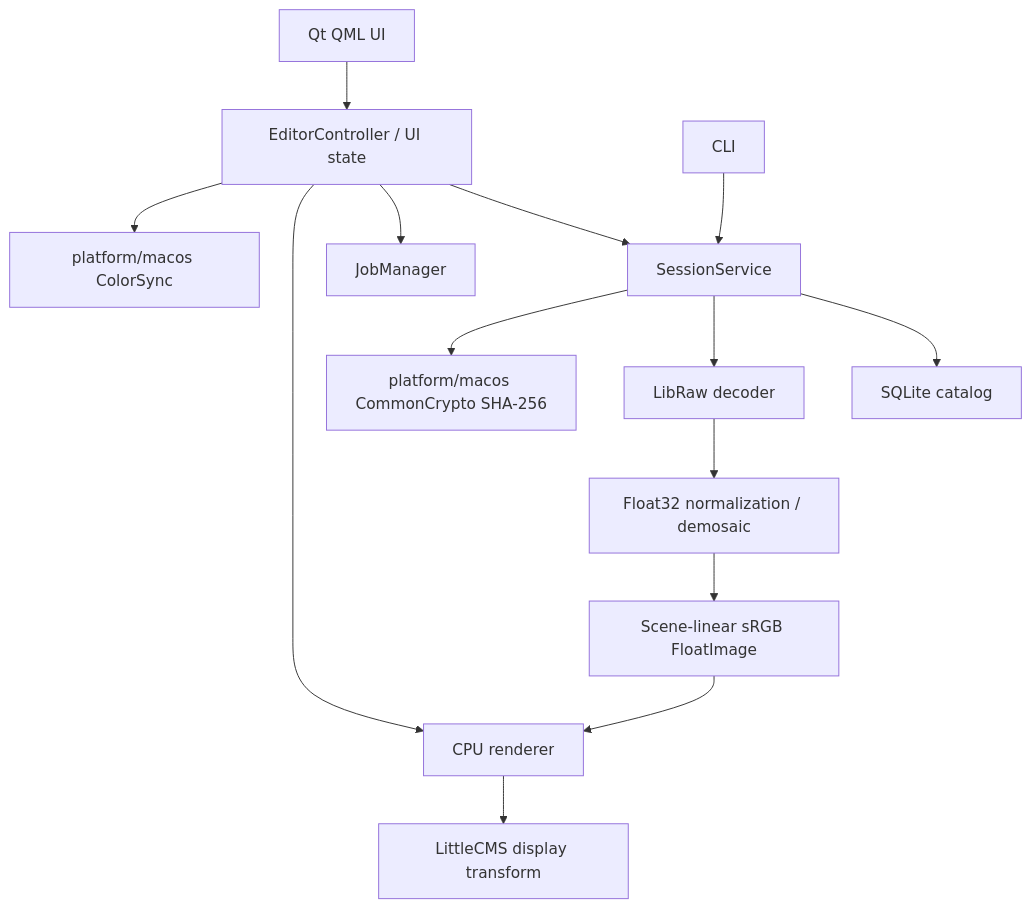
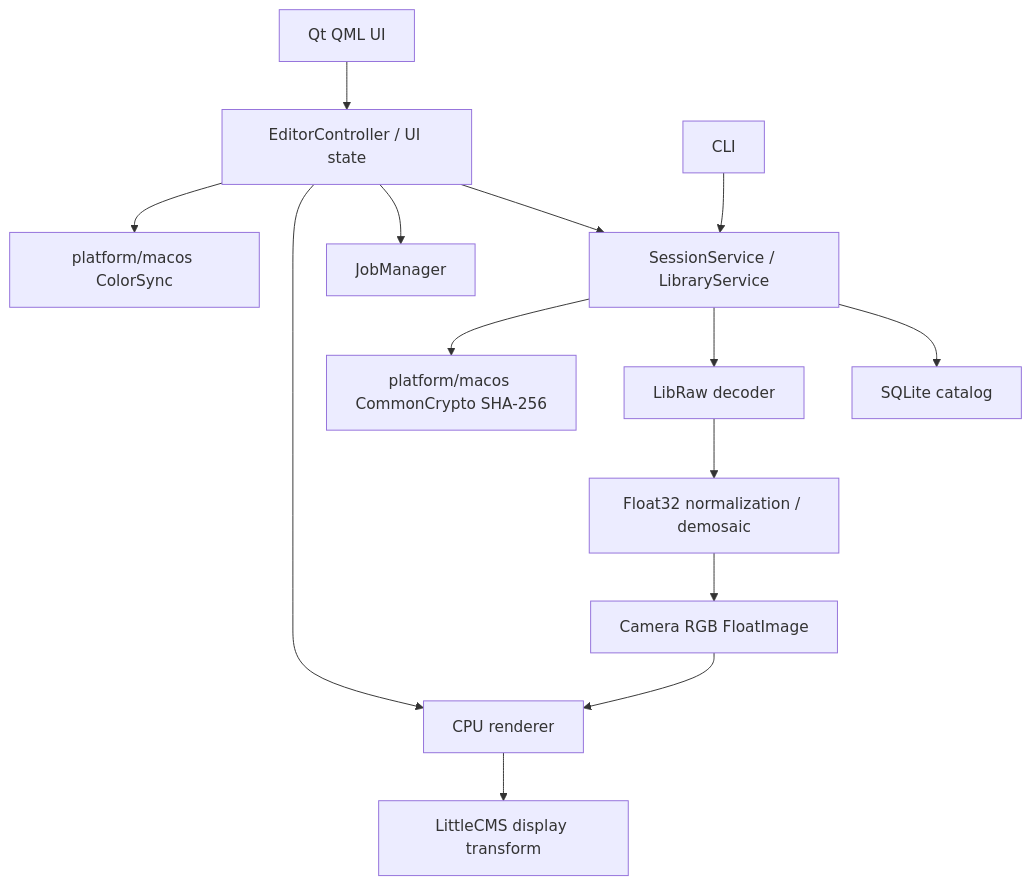
Before and after one commit to yakut-sekonts/Apertone: the diagram in ARCHITECTURE.md, drawn with Mermaid. The commit also changed other lines of this file and 41 other files, not shown here.

````diff
--- a/ARCHITECTURE.md
+++ b/ARCHITECTURE.md
@@ -5,16 +5,16 @@
 ```mermaid
 flowchart TD
     QML[Qt QML UI] --> Controller[EditorController / UI state]
-    CLI[CLI] --> Services[SessionService]
+    CLI[CLI] --> Services[SessionService / LibraryService]
     Controller --> Services
     Controller --> Jobs[JobManager]
     Controller --> Render[CPU renderer]
     Services --> Catalog[SQLite catalog]
     Services --> RAW[LibRaw decoder]
     RAW --> Bayer[Float32 normalization / demosaic]
-    Bayer --> Image[Scene-linear sRGB FloatImage]
+    Bayer --> Image[Camera RGB FloatImage]
     Image --> Render
     Render --> ICC[LittleCMS display transform]
     Controller --> Platform[platform/macos ColorSync]
     Services --> Hash[platform/macos CommonCrypto SHA-256]
 ```
````
